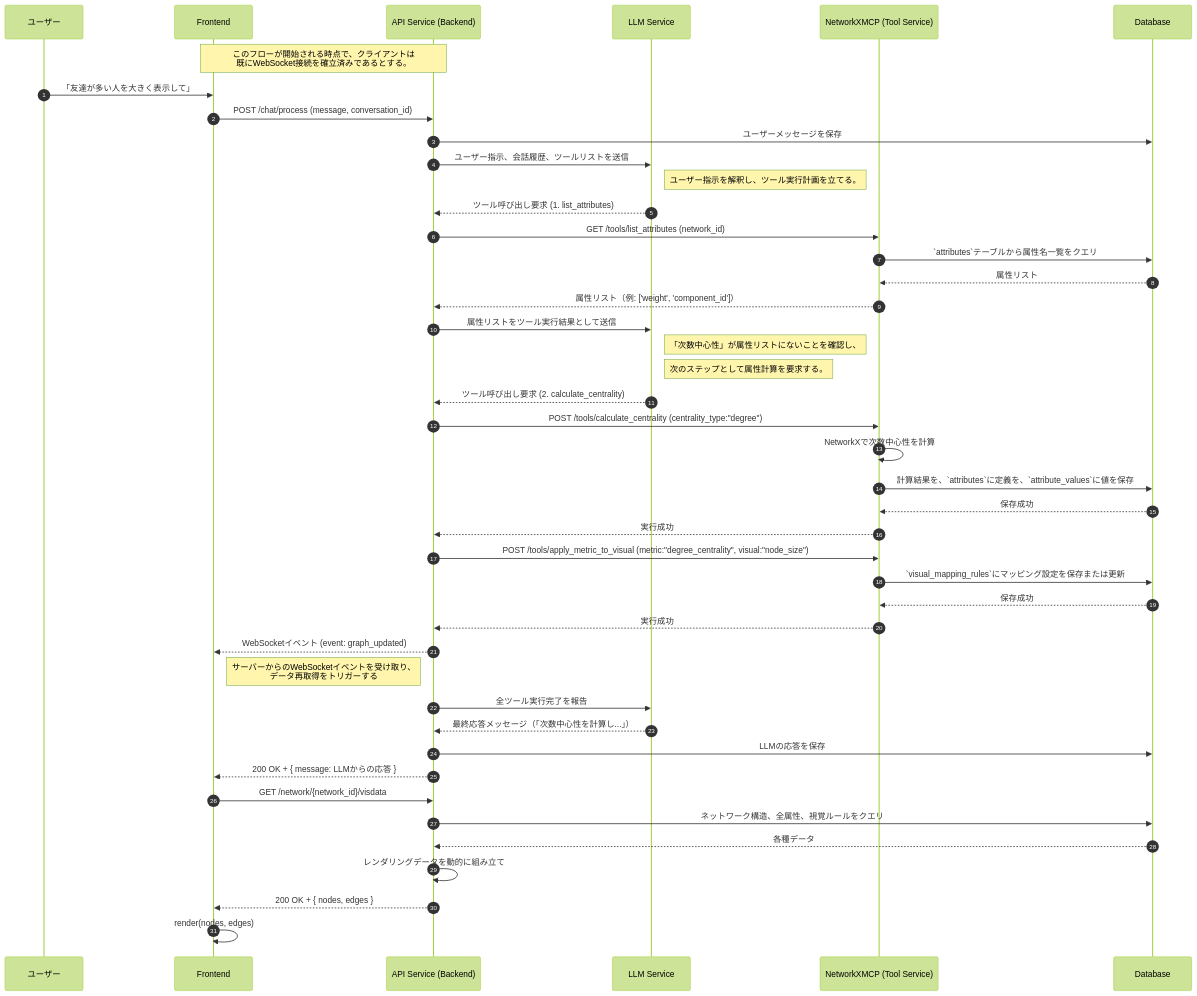
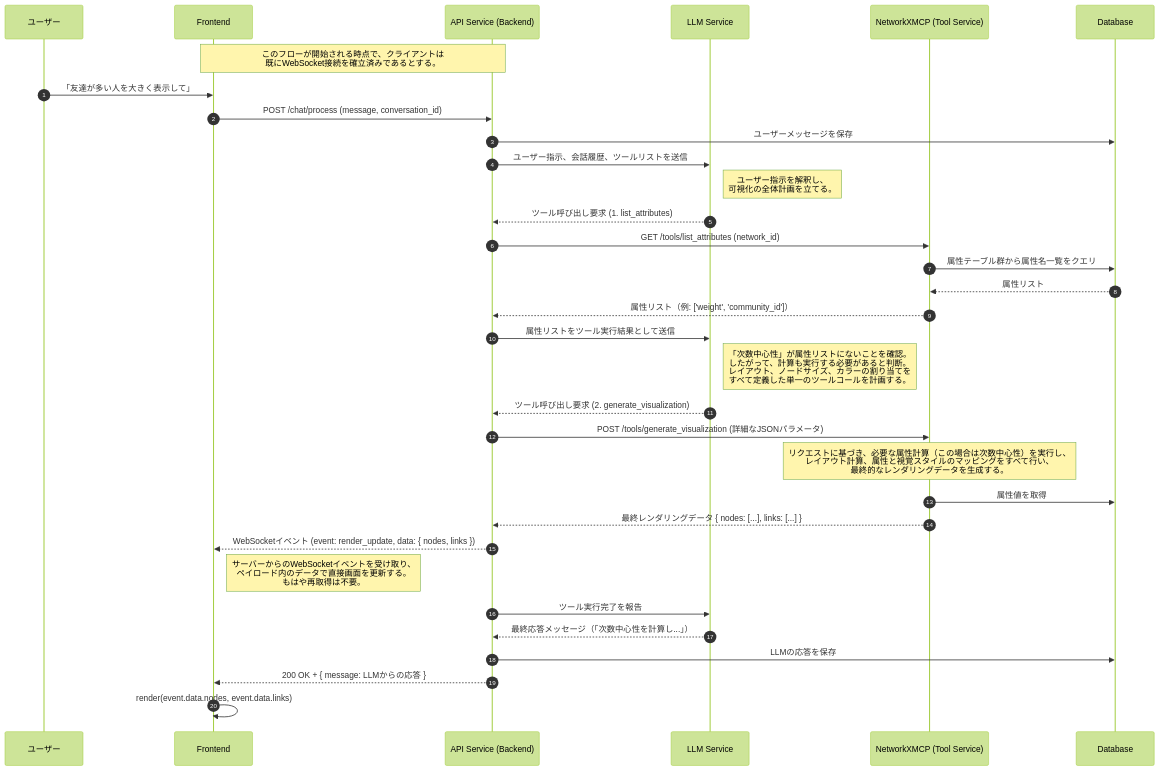
Before and after one commit to vdslab/LLMGraphvis: the second of 6 diagrams in specification/2_Technical_Details/6_Core_Workflows.md, drawn with Mermaid (forest theme). The commit also changed other lines of this file and 4 other files, not shown here.

````diff
--- a/specification/2_Technical_Details/6_Core_Workflows.md
+++ b/specification/2_Technical_Details/6_Core_Workflows.md
@@ -73,66 +73,50 @@
 ```mermaid
 sequenceDiagram
     autonumber
     %% Participants
     participant U as ユーザー
     participant F as Frontend
     participant B as API Service (Backend)
     participant LLM as LLM Service
     participant N as NetworkXMCP (Tool Service)
     participant DB as Database
 
     note over F, B: このフローが開始される時点で、クライアントは<br/>既にWebSocket接続を確立済みであるとする。
 
     U->>F: 「友達が多い人を大きく表示して」
     F->>B: POST /chat/process (message, conversation_id)
     B->>DB: ユーザーメッセージを保存
 
     %% Step 1: Backend asks LLM for a plan
     B->>LLM: ユーザー指示、会話履歴、ツールリストを送信
-    note right of LLM: ユーザー指示を解釈し、ツール実行計画を立てる。
+    note right of LLM: ユーザー指示を解釈し、<br/>可視化の全体計画を立てる。
     LLM-->>B: ツール呼び出し要求 (1. list_attributes)
 
-    %% Step 2: Backend executes list_attributes
+    %% Step 2: Backend executes list_attributes to aid LLM's planning
     B->>N: GET /tools/list_attributes (network_id)
-    N->>DB: `attributes`テーブルから属性名一覧をクエリ
+    N->>DB: 属性テーブル群から属性名一覧をクエリ
     DB-->>N: 属性リスト
-    N-->>B: 属性リスト（例: ['weight', 'component_id']）
+    N-->>B: 属性リスト（例: ['weight', 'community_id']）
 
-    %% Step 3: Backend asks LLM for the next step
+    %% Step 3: Backend asks LLM for the final visualization plan
     B->>LLM: 属性リストをツール実行結果として送信
-    note right of LLM: 「次数中心性」が属性リストにないことを確認し、
-    note right of LLM: 次のステップとして属性計算を要求する。
-    LLM-->>B: ツール呼び出し要求 (2. calculate_centrality)
+    note right of LLM: 「次数中心性」が属性リストにないことを確認。<br/>したがって、計算も実行する必要があると判断。<br/>レイアウト、ノードサイズ、カラーの割り当てを<br/>すべて定義した単一のツールコールを計画する。
+    LLM-->>B: ツール呼び出し要求 (2. generate_visualization)
 
-    %% Step 4: Backend executes calculate_centrality
-    B->>N: POST /tools/calculate_centrality (centrality_type:"degree")
-    N->>N: NetworkXで次数中心性を計算
-    N->>DB: 計算結果を、`attributes`に定義を、`attribute_values`に値を保存
-    DB-->>N: 保存成功
-    N-->>B: 実行成功
+    %% Step 4: Backend executes the single visualization tool
+    B->>N: POST /tools/generate_visualization (詳細なJSONパラメータ)
+    note over N: リクエストに基づき、必要な属性計算（この場合は次数中心性）を実行し、<br/>レイアウト計算、属性と視覚スタイルのマッピングをすべて行い、<br/>最終的なレンダリングデータを生成する。
+    N->>DB: 属性値を取得
+    N-->>B: 最終レンダリングデータ { nodes: [...], links: [...] }
 
-
-
-
-    %% Step 6: Backend executes apply_metric_to_visual (calculate_centralityの結果を受けて自動実行)
-    B->>N: POST /tools/apply_metric_to_visual (metric:"degree_centrality", visual:"node_size")
-    N->>DB: `visual_mapping_rules`にマッピング設定を保存または更新
-    DB-->>N: 保存成功
-    N-->>B: 実行成功
-
-    %% Step 7: Backend sends notification and final response to Frontend
-    B-->>F: WebSocketイベント (event: graph_updated)
-    note right of F: サーバーからのWebSocketイベントを受け取り、<br/>データ再取得をトリガーする
-    B->>LLM: 全ツール実行完了を報告
+    %% Step 5: Backend sends final data and response to Frontend
+    B-->>F: WebSocketイベント (event: render_update, data: { nodes, links })
+    note right of F: サーバーからのWebSocketイベントを受け取り、<br/>ペイロード内のデータで直接画面を更新する。<br/>もはや再取得は不要。
+    B->>LLM: ツール実行完了を報告
     LLM-->>B: 最終応答メッセージ（「次数中心性を計算し...」）
     B->>DB: LLMの応答を保存
     B-->>F: 200 OK + { message: LLMからの応答 }
 
-    %% Step 8: Frontend fetches updated data
-    F->>B: GET /network/{network_id}/visdata
-    B->>DB: ネットワーク構造、全属性、視覚ルールをクエリ
-    DB-->>B: 各種データ
-    B->>B: レンダリングデータを動的に組み立て
-    B-->>F: 200 OK + { nodes, edges }
-    F->>F: render(nodes, edges)
+    %% Step 6: Frontend renders the updated network
+    F->>F: render(event.data.nodes, event.data.links)
 ```
````
